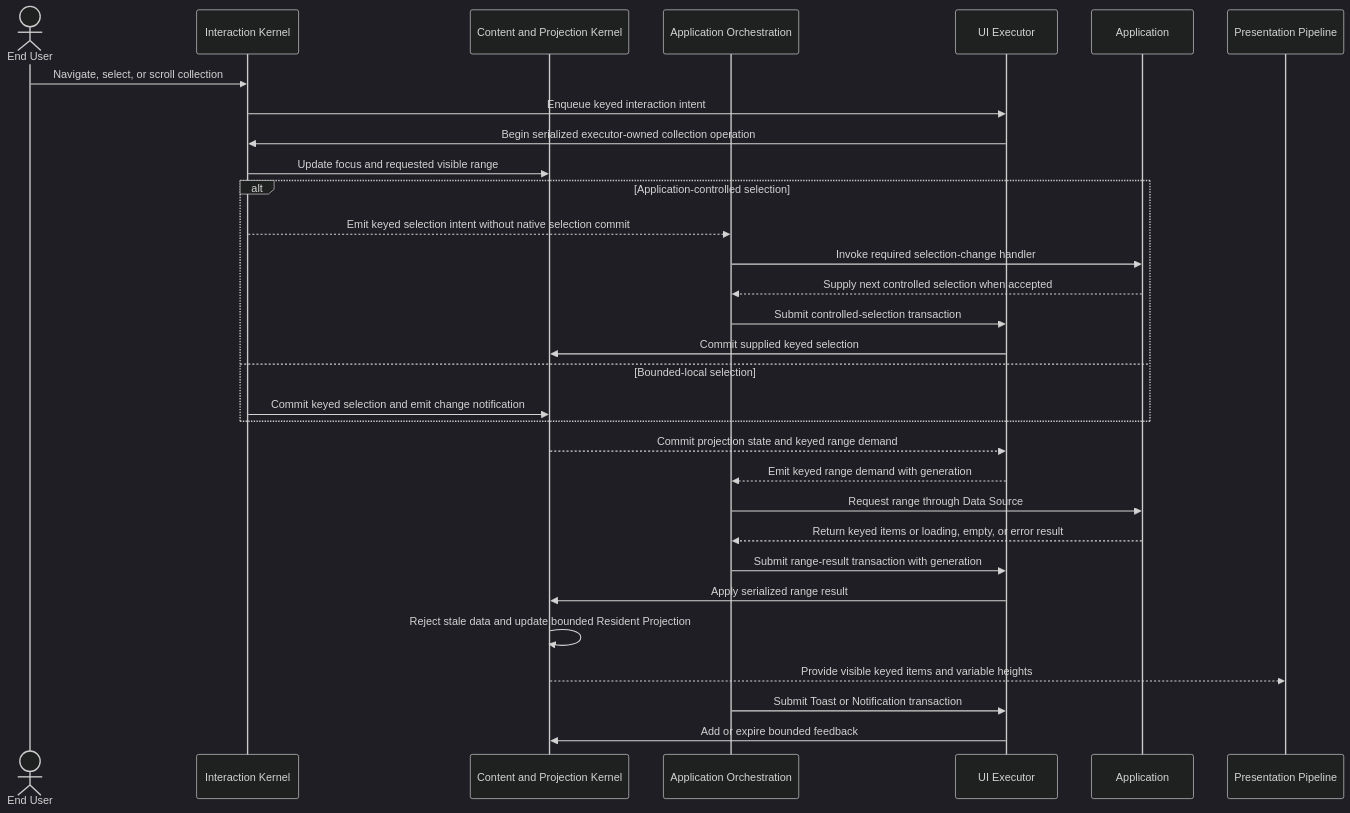
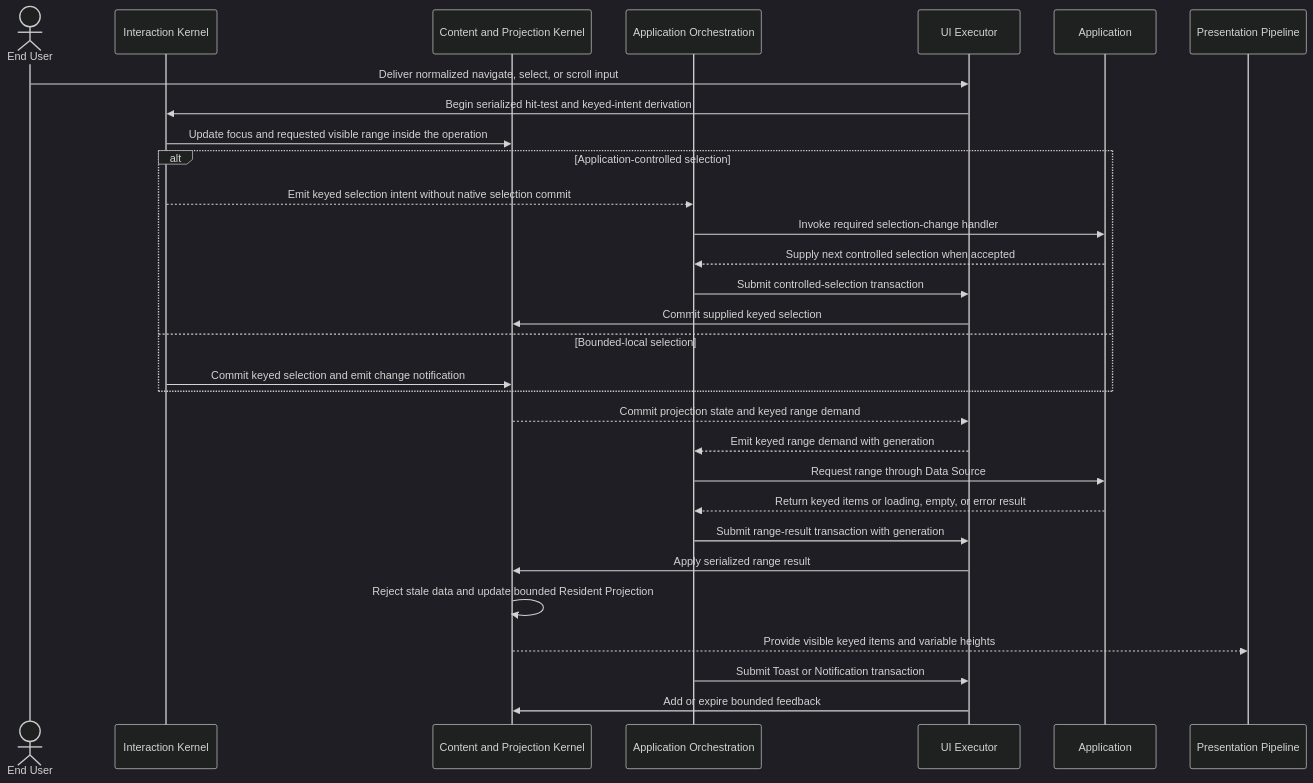
One commit to Tuvren/tuvren-tui changed the diagram in .constitution/architecture/flows/virtual-collection-feedback.md. Above: the diagram before and after it, drawn with Mermaid (dark theme). The commit also changed 6 other files, not shown here.

First line of the commit message:
docs: route collection input through the executor

````diff
--- a/.constitution/architecture/flows/virtual-collection-feedback.md
+++ b/.constitution/architecture/flows/virtual-collection-feedback.md
@@ -9,34 +9,33 @@
 ```mermaid
 sequenceDiagram
     actor EU as End User
     participant Interact as Interaction Kernel
     participant Content as Content and Projection Kernel
     participant Orch as Application Orchestration
     participant Exec as UI Executor
     participant App as Application
     participant Present as Presentation Pipeline
 
-    EU->>Interact: Navigate, select, or scroll collection
-    Interact->>Exec: Enqueue keyed interaction intent
-    Exec->>Interact: Begin serialized executor-owned collection operation
-    Interact->>Content: Update focus and requested visible range
+    EU->>Exec: Deliver normalized navigate, select, or scroll input
+    Exec->>Interact: Begin serialized hit-test and keyed-intent derivation
+    Interact->>Content: Update focus and requested visible range inside the operation
     alt Application-controlled selection
         Interact-->>Orch: Emit keyed selection intent without native selection commit
         Orch->>App: Invoke required selection-change handler
         App-->>Orch: Supply next controlled selection when accepted
         Orch->>Exec: Submit controlled-selection transaction
         Exec->>Content: Commit supplied keyed selection
     else Bounded-local selection
         Interact->>Content: Commit keyed selection and emit change notification
     end
     Content-->>Exec: Commit projection state and keyed range demand
     Exec-->>Orch: Emit keyed range demand with generation
     Orch->>App: Request range through Data Source
     App-->>Orch: Return keyed items or loading, empty, or error result
     Orch->>Exec: Submit range-result transaction with generation
     Exec->>Content: Apply serialized range result
     Content->>Content: Reject stale data and update bounded Resident Projection
     Content-->>Present: Provide visible keyed items and variable heights
     Orch->>Exec: Submit Toast or Notification transaction
     Exec->>Content: Add or expire bounded feedback
 ```
````
